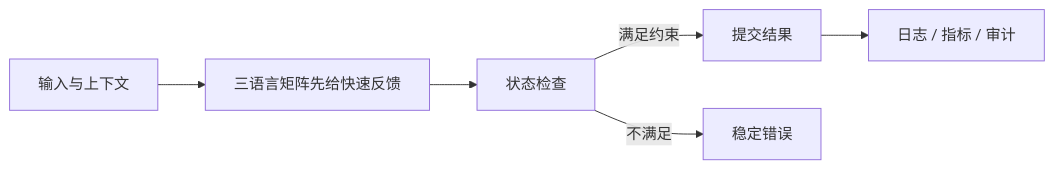
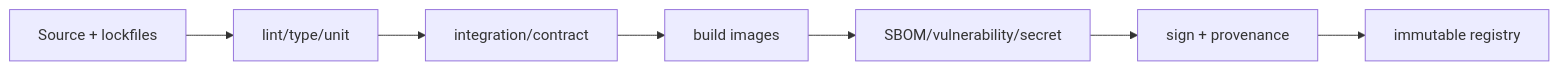
Before and after one commit to upJiang/jiang-blog-vitepress: the diagram in docs/backend/ci-test-image-artifact-supply-chain.md, drawn with Mermaid. The commit also changed other lines of this file and 341 other files, not shown here.

````diff
--- a/docs/backend/ci-test-image-artifact-supply-chain.md
+++ b/docs/backend/ci-test-image-artifact-supply-chain.md
@@ -34,8 +36,9 @@
 ```mermaid
 flowchart LR
-  A[输入与上下文] --> B[三语言矩阵先给快速反馈]
-  B --> C[状态检查]
-  C -->|满足约束| D[提交结果]
-  C -->|不满足| E[稳定错误]
-  D --> F[日志 / 指标 / 审计]
+  SRC[Source + lockfiles] --> STATIC[lint/type/unit]
+  STATIC --> INT[integration/contract]
+  INT --> BUILD[build images]
+  BUILD --> SCAN[SBOM/vulnerability/secret]
+  SCAN --> SIGN[sign + provenance]
+  SIGN --> REG[immutable registry]
 ```
````
